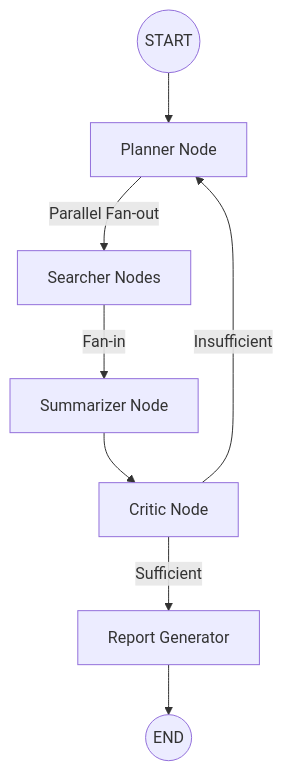
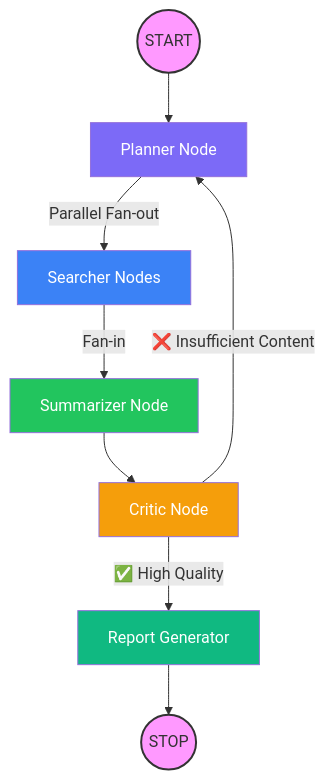
The diagram in README.md (Harsha430/graph-research), drawn with Mermaid before and after one commit. The commit also changed other lines of this file, not shown here.

Commit message:
docs: expand README with comprehensive technical deep-dive and architecture visualization

````diff
--- a/README.md
+++ b/README.md
@@ -15,10 +33,23 @@
 ```mermaid
 graph TD
+    %% Define Nodes
     Start((START)) --> Planner[Planner Node]
     Planner -->|Parallel Fan-out| Searcher[Searcher Nodes]
     Searcher -->|Fan-in| Summarizer[Summarizer Node]
     Summarizer --> Critic[Critic Node]
-    Critic -->|Insufficient| Planner
-    Critic -->|Sufficient| Report[Report Generator]
-    Report --> End((END))
+    
+    %% Conditional Logic
+    Critic -->|❌ Insufficient Content| Planner
+    Critic -->|✅ High Quality| Reporter[Report Generator]
+    
+    Reporter --> End((STOP))
+
+    %% Styling
+    style Start fill:#f9f,stroke:#333,stroke-width:2px
+    style End fill:#f9f,stroke:#333,stroke-width:2px
+    style Planner fill:#7c6af7,color:#fff
+    style Searcher fill:#3b82f6,color:#fff
+    style Summarizer fill:#22c55e,color:#fff
+    style Critic fill:#f59e0b,color:#fff
+    style Reporter fill:#10b981,color:#fff
 ```
````
